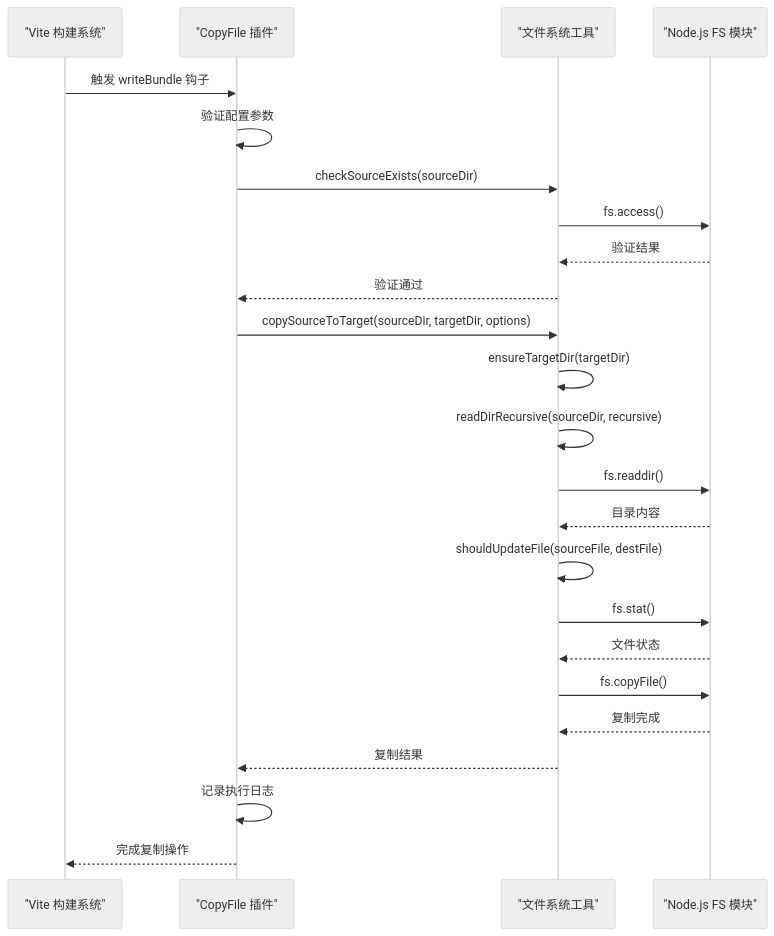
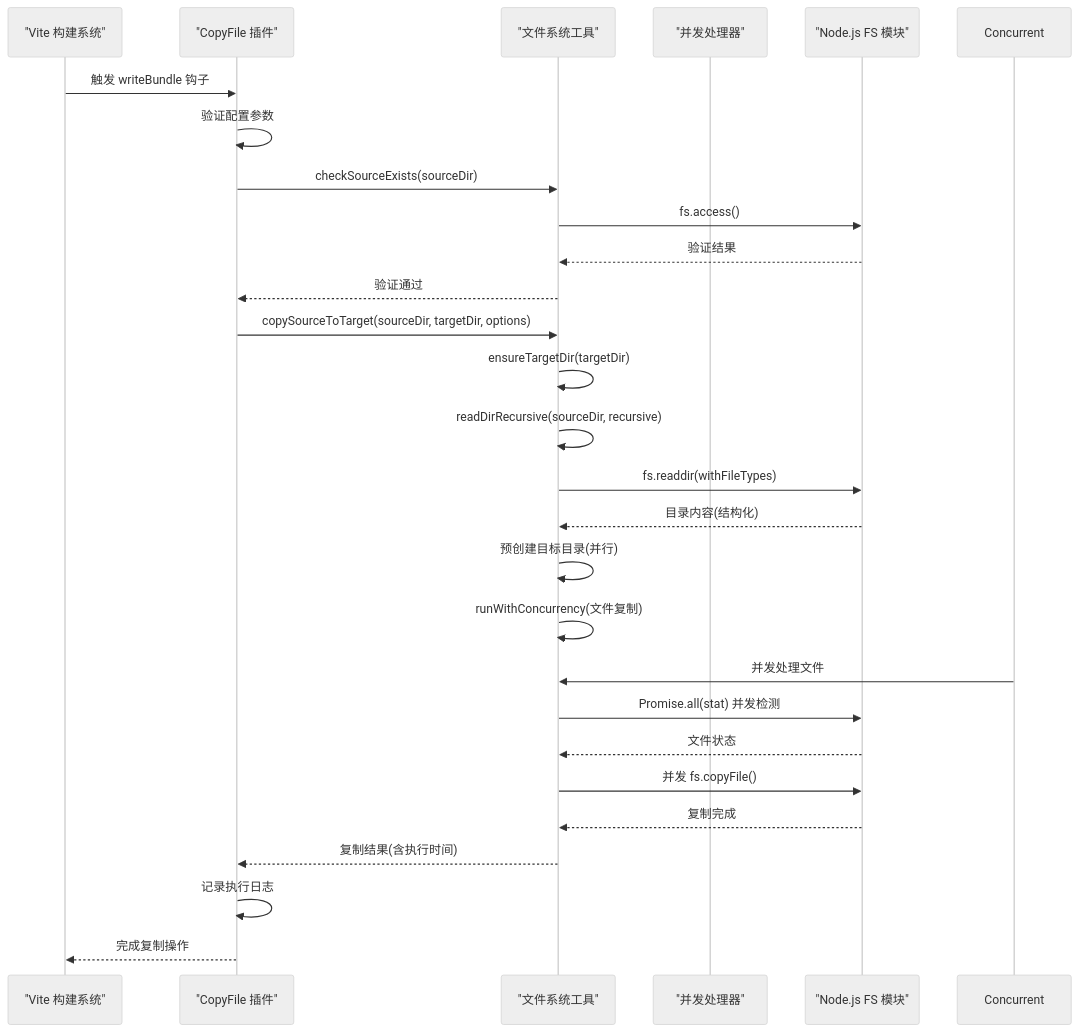
Before and after one commit to MengXi-Studio/vite-plugin: the second of 7 diagrams in .qoder/repowiki/zh/content/工具模块/文件系统工具.md, drawn with Mermaid (neutral theme). The commit also changed other lines of this file and 8 other files, not shown here.

````diff
--- a/.qoder/repowiki/zh/content/工具模块/文件系统工具.md
+++ b/.qoder/repowiki/zh/content/工具模块/文件系统工具.md
@@ -93,26 +104,29 @@
 ```mermaid
 sequenceDiagram
 participant Vite as "Vite 构建系统"
 participant Plugin as "CopyFile 插件"
 participant FS as "文件系统工具"
+participant Concurrency as "并发处理器"
 participant NodeFS as "Node.js FS 模块"
 Vite->>Plugin : 触发 writeBundle 钩子
 Plugin->>Plugin : 验证配置参数
 Plugin->>FS : checkSourceExists(sourceDir)
 FS->>NodeFS : fs.access()
 NodeFS-->>FS : 验证结果
 FS-->>Plugin : 验证通过
 Plugin->>FS : copySourceToTarget(sourceDir, targetDir, options)
 FS->>FS : ensureTargetDir(targetDir)
 FS->>FS : readDirRecursive(sourceDir, recursive)
-FS->>NodeFS : fs.readdir()
-NodeFS-->>FS : 目录内容
-FS->>FS : shouldUpdateFile(sourceFile, destFile)
-FS->>NodeFS : fs.stat()
+FS->>NodeFS : fs.readdir(withFileTypes)
+NodeFS-->>FS : 目录内容(结构化)
+FS->>FS : 预创建目标目录(并行)
+FS->>FS : runWithConcurrency(文件复制)
+Concurrent->>FS : 并发处理文件
+FS->>NodeFS : Promise.all(stat) 并发检测
 NodeFS-->>FS : 文件状态
-FS->>NodeFS : fs.copyFile()
+FS->>NodeFS : 并发 fs.copyFile()
 NodeFS-->>FS : 复制完成
-FS-->>Plugin : 复制结果
+FS-->>Plugin : 复制结果(含执行时间)
 Plugin->>Plugin : 记录执行日志
 Plugin-->>Vite : 完成复制操作
 ```
````
